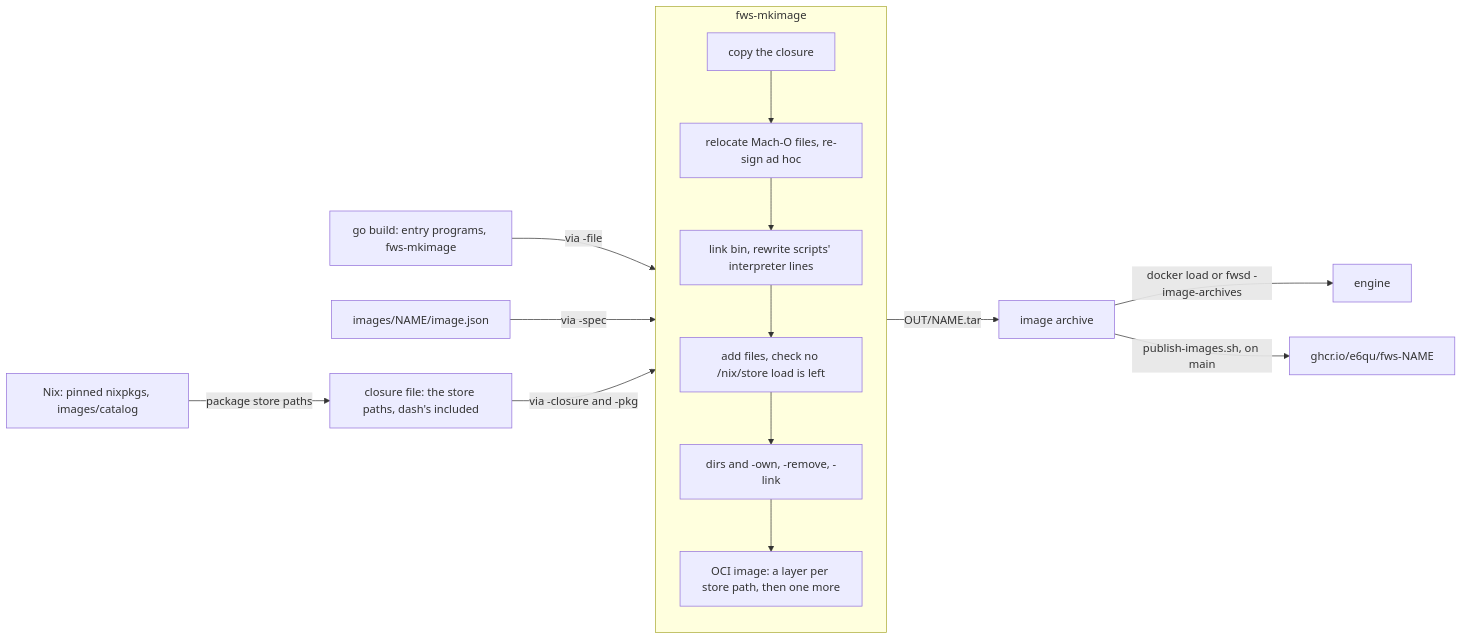
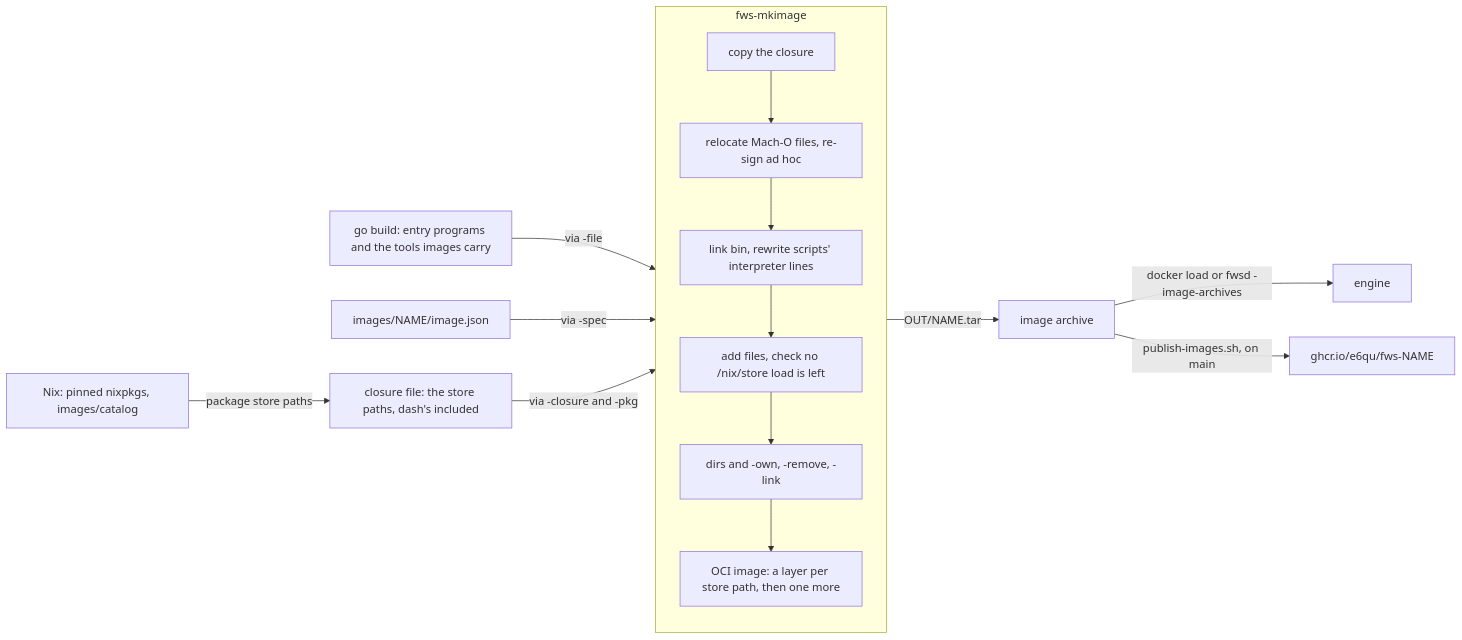
One commit to e6qu/fun-with-sandboxes changed the diagram in docs/IMAGE-AUTHORING.md. Above: the diagram before and after it, drawn with Mermaid. The commit also changed 14 other files, not shown here.

Commit message:
Faster image loads, a TZ check, architecture docs and 19 use cases (#89)

````diff
--- a/docs/IMAGE-AUTHORING.md
+++ b/docs/IMAGE-AUTHORING.md
@@ -673,18 +673,18 @@
 ```mermaid
 flowchart LR
   NIX["Nix: pinned nixpkgs, images/catalog"] -->|"package store paths"| CL["closure file: the store paths, dash's included"]
-  GO["go build: entry programs, fws-mkimage"] -->|"via -file"| MK
+  GO["go build: entry programs and the tools images carry"] -->|"via -file"| MK
   SPEC["images/NAME/image.json"] -->|"via -spec"| MK
   CL -->|"via -closure and -pkg"| MK
   subgraph MK["fws-mkimage"]
     direction TB
     S1["copy the closure"] --> S2["relocate Mach-O files, re-sign ad hoc"]
     S2 --> S3["link bin, rewrite scripts' interpreter lines"]
     S3 --> S4["add files, check no /nix/store load is left"]
     S4 --> S5["dirs and -own, -remove, -link"]
     S5 --> S6["OCI image: a layer per store path, then one more"]
   end
   MK -->|"OUT/NAME.tar"| AR["image archive"]
   AR -->|"docker load or fwsd -image-archives"| ENG["engine"]
   AR -->|"publish-images.sh, on main"| GHCR["ghcr.io/e6qu/fws-NAME"]
 ```
````
